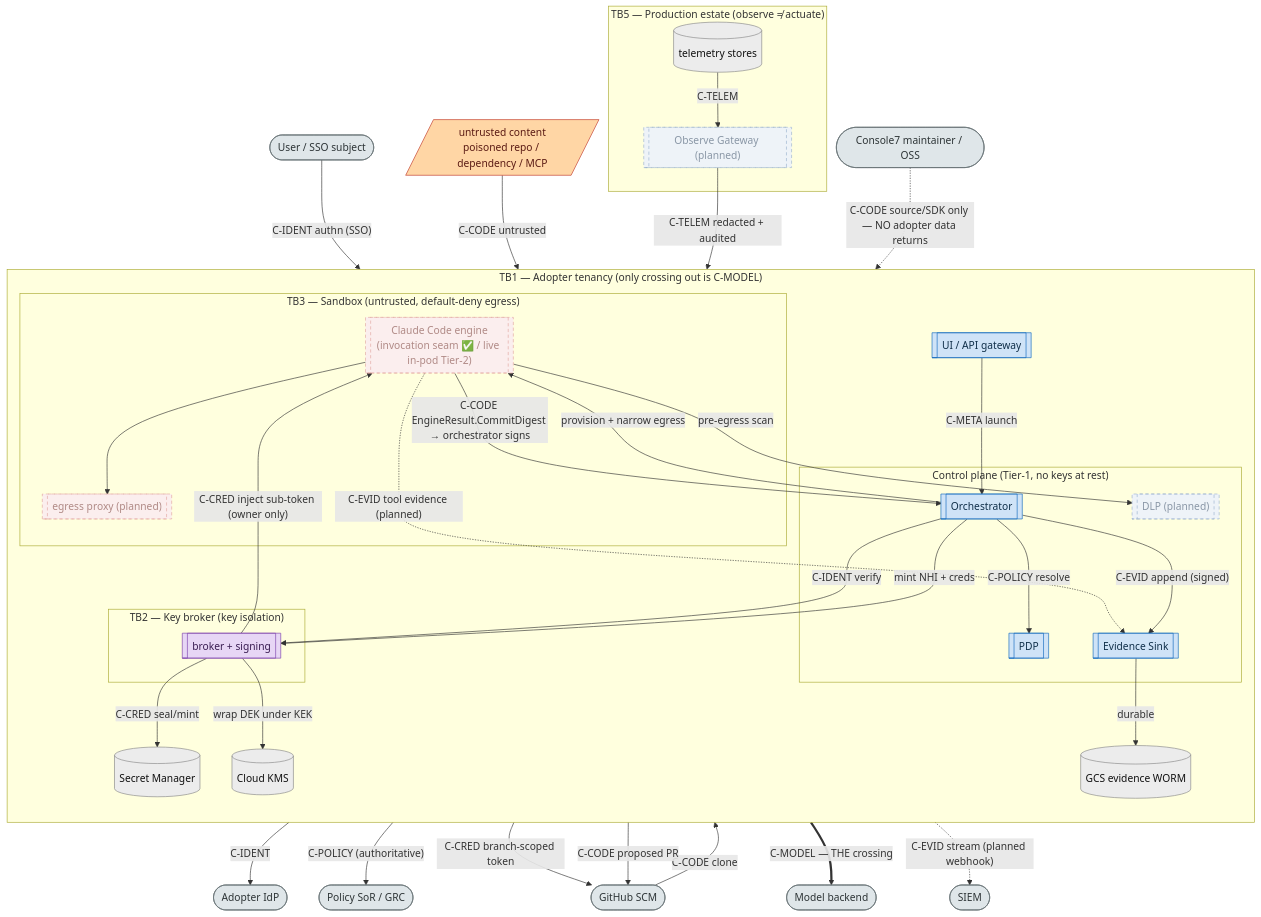
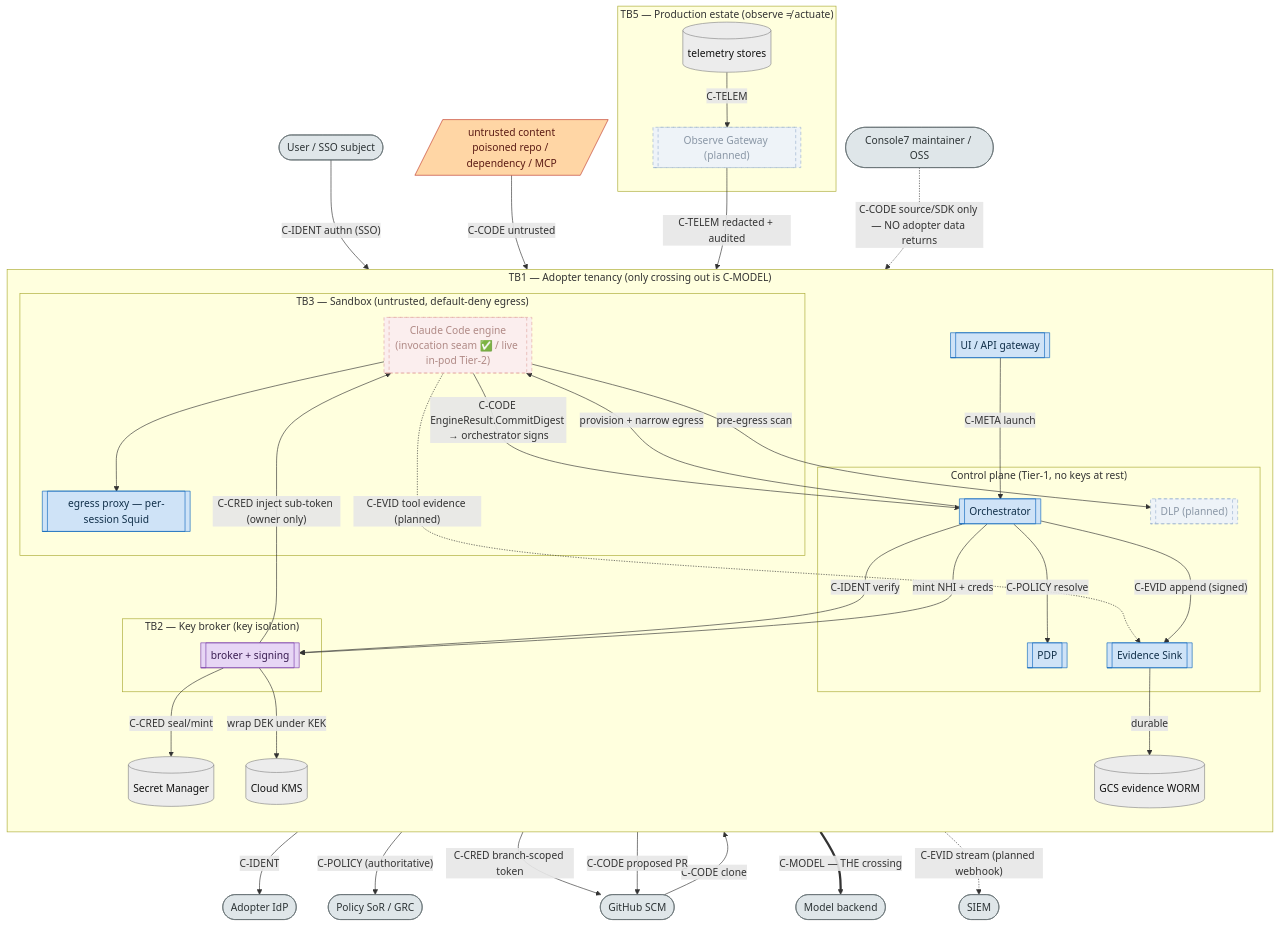
The diagram in docs/architecture/06-data-flow-trust-boundaries.md (console7/console7), drawn with Mermaid before and after one commit. The commit also changed other lines of this file and 14 other files, not shown here.

First line of the commit message:
feat(cloud-gcp): per-session egress proxy (B8) (#57)

````diff
--- a/docs/architecture/06-data-flow-trust-boundaries.md
+++ b/docs/architecture/06-data-flow-trust-boundaries.md
@@ -26,80 +26,80 @@
 ```mermaid
 flowchart TB
   USER([User / SSO subject])
   UNTRUST[/"untrusted content<br/>poisoned repo / dependency / MCP"/]
   IDP([Adopter IdP])
   GH([GitHub SCM])
   SORX([Policy SoR / GRC])
   SIEMX([SIEM])
   MODEL([Model backend])
   MAINT([Console7 maintainer / OSS])
 
   subgraph TEN["TB1 — Adopter tenancy (only crossing out is C-MODEL)"]
     direction TB
     UI[["UI / API gateway"]]
     subgraph CPZ["Control plane (Tier-1, no keys at rest)"]
       ORC[["Orchestrator"]]
       PDPp[["PDP"]]
       EVp[["Evidence Sink"]]
       DLPp[["DLP (planned)"]]
     end
     subgraph KBZ["TB2 — Key broker (key isolation)"]
       BRKp[["broker + signing"]]
     end
     subgraph DPZ["TB3 — Sandbox (untrusted, default-deny egress)"]
       ENGp[["Claude Code engine<br/>(invocation seam ✅ #47; live in-pod Tier-2)"]]
-      PRX[["egress proxy (planned)"]]
+      PRX[["egress proxy — per-session Squid"]]
     end
     SMs[("Secret Manager")]
     KMSs[("Cloud KMS")]
     EVs[("GCS evidence WORM")]
   end
 
   subgraph PROD["TB5 — Production estate (observe ≠ actuate)"]
     OGp[["Observe Gateway (planned)"]]
     TELs[("telemetry stores")]
   end
 
   USER -->|"C-IDENT authn (SSO)"| UI
   UI -->|"C-META launch"| ORC
   ORC -->|"C-IDENT verify"| BRKp
   BRKp -->|"C-IDENT"| IDP
   ORC -->|"C-POLICY resolve"| PDPp
   PDPp -->|"C-POLICY (authoritative)"| SORX
   ORC -->|"mint NHI + creds"| BRKp
   BRKp -->|"C-CRED seal/mint"| SMs
   BRKp -->|"wrap DEK under KEK"| KMSs
   BRKp -->|"C-CRED branch-scoped token"| GH
   ORC -->|"provision + narrow egress"| ENGp
   BRKp -->|"C-CRED inject sub-token (owner only)"| ENGp
   UNTRUST -->|"C-CODE untrusted"| ENGp
   GH -->|"C-CODE clone"| ENGp
   ENGp --> PRX
   PRX ==>|"C-MODEL — THE crossing"| MODEL
   ENGp -->|"C-CODE proposed PR"| GH
   ENGp -->|"C-CODE EngineResult.CommitDigest &rarr; orchestrator signs"| ORC
   ENGp -.->|"C-EVID tool evidence (planned)"| EVp
   ENGp -->|"pre-egress scan"| DLPp
   ORC -->|"C-EVID append (signed)"| EVp
   EVp -->|"durable"| EVs
   EVp -.->|"C-EVID stream (planned webhook)"| SIEMX
   TELs -->|"C-TELEM"| OGp
   OGp -->|"C-TELEM redacted + audited"| ORC
   MAINT -.->|"C-CODE source/SDK only — NO adopter data returns"| TEN
 
   classDef proc fill:#cfe3f7,stroke:#1168bd,color:#11304a;
   classDef procPlan fill:#eef3f8,stroke:#9bb3cf,color:#8a97a6,stroke-dasharray:5 4;
   classDef broker fill:#e7d6f5,stroke:#7b3fab,color:#3a1d52;
   classDef dpPlan fill:#fbeeee,stroke:#e2a7a1,color:#b08a86,stroke-dasharray:5 4;
   classDef store fill:#ececec,stroke:#888,color:#111;
   classDef ext fill:#dfe6e9,stroke:#636e72,color:#2d3436;
   classDef danger fill:#ffd6a5,stroke:#c0392b,color:#5b1b14;
   %% faded + dashed = target state (not yet coded & landed); solid = implemented & landed
-  class UI,ORC,PDPp,EVp proc;
+  class UI,ORC,PDPp,EVp,PRX proc;
   class DLPp,OGp procPlan;
   class BRKp broker;
-  class ENGp,PRX dpPlan;
+  class ENGp dpPlan;
   class SMs,KMSs,EVs,TELs store;
   class USER,IDP,GH,SORX,SIEMX,MODEL,MAINT ext;
   class UNTRUST danger;
 ```
````
